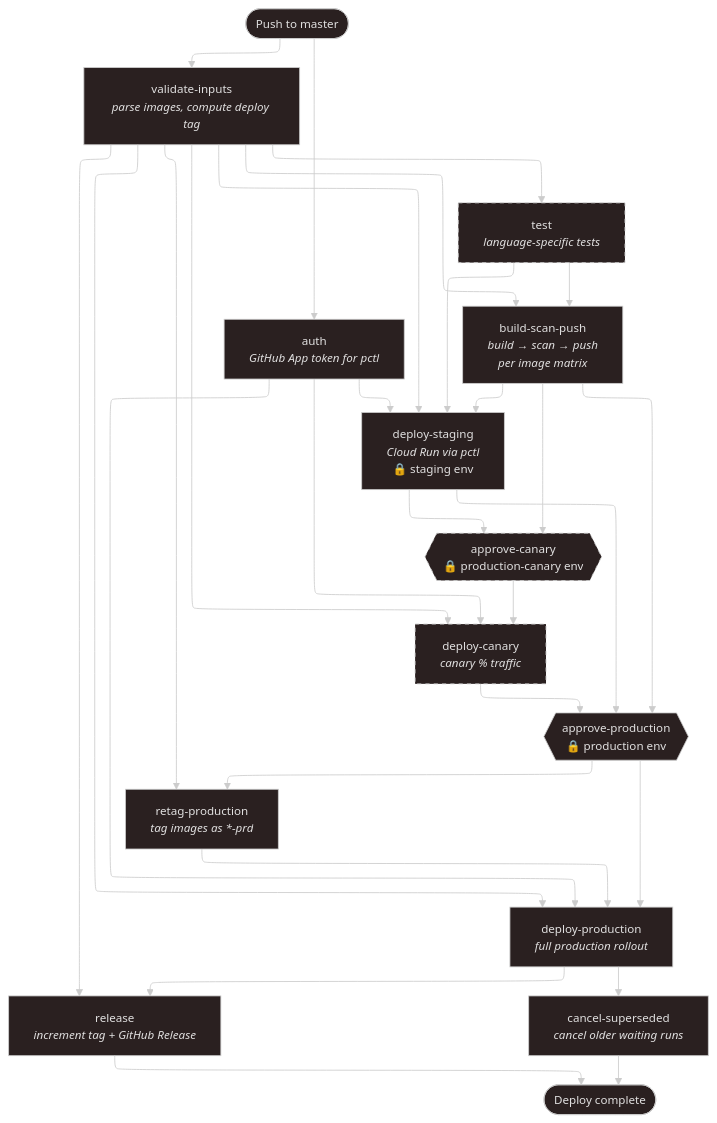
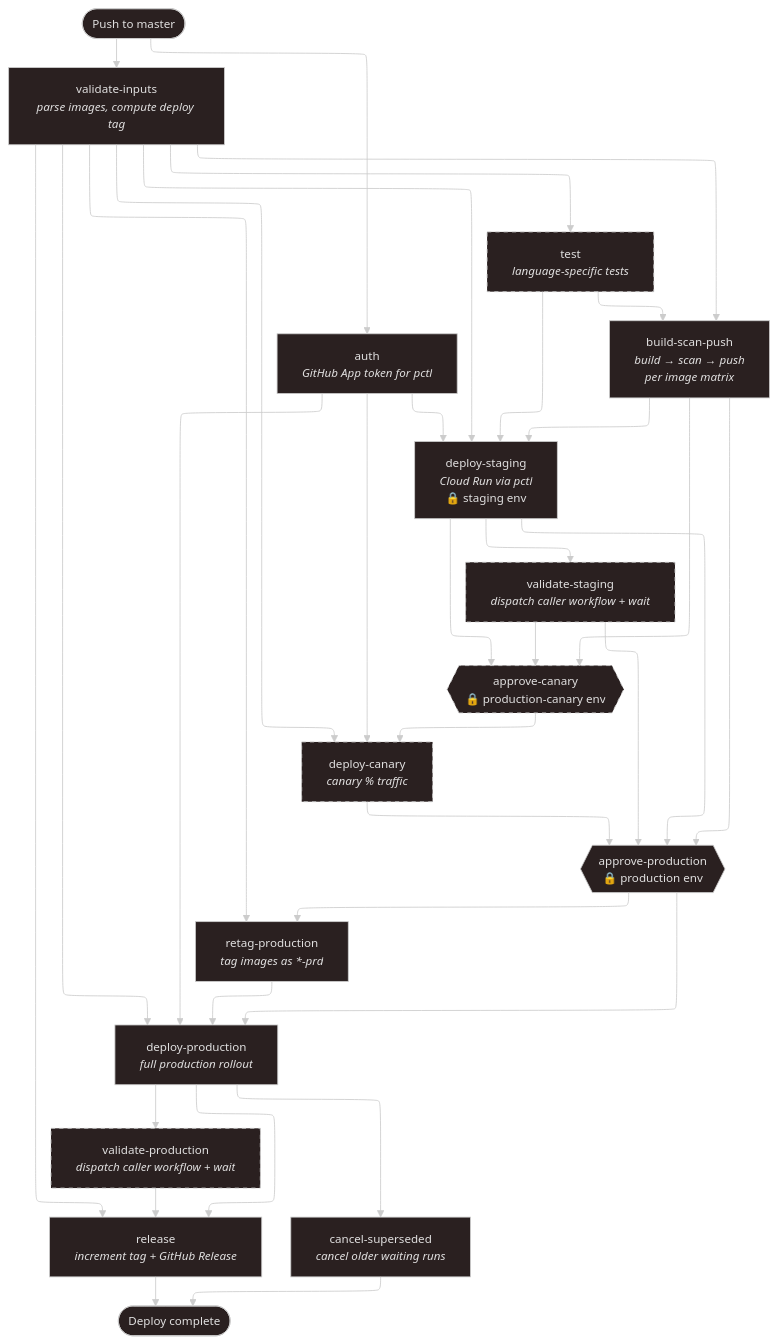
One commit to credova/platform-workflows changed the third of 8 diagrams in docs/usage.md. Above: the diagram before and after it, drawn with Mermaid. The commit also changed other lines of this file and 4 other files, not shown here.

````diff
--- a/docs/usage.md
+++ b/docs/usage.md
@@ -810,50 +860,60 @@
 ```mermaid
 ---
 config:
   layout: elk
   theme: neo-dark
 ---
 flowchart TD
     START(["Push to master"])
 
     VI["validate-inputs\n<i>parse images, compute deploy tag</i>"]
     AUTH["auth\n<i>GitHub App token for pctl</i>"]
 
     TEST["test\n<i>language-specific tests</i>"]
 
     BSP["build-scan-push\n<i>build → scan → push\nper image matrix</i>"]
 
     STG["deploy-staging\n<i>Cloud Run via pctl</i>\n🔒 staging env"]
 
+    VS["validate-staging\n<i>dispatch caller workflow + wait</i>"]
+
     AC{{"approve-canary\n🔒 production-canary env"}}
     DC["deploy-canary\n<i>canary % traffic</i>"]
 
     AP{{"approve-production\n🔒 production env"}}
     RETAG["retag-production\n<i>tag images as *-prd</i>"]
     DP["deploy-production\n<i>full production rollout</i>"]
+
+    VP["validate-production\n<i>dispatch caller workflow + wait</i>"]
 
     REL["release\n<i>increment tag + GitHub Release</i>"]
     CS["cancel-superseded\n<i>cancel older waiting runs</i>"]
 
     DONE(["Deploy complete"])
 
     START --> VI & AUTH
     VI --> TEST
     VI & TEST --> BSP
     AUTH & BSP & TEST & VI --> STG
 
-    STG & BSP --> AC
+    STG --> VS
+
+    STG & VS & BSP --> AC
     AUTH & AC & VI --> DC
 
-    BSP & STG & DC --> AP
+    BSP & STG & VS & DC --> AP
     AP & VI --> RETAG
     AUTH & AP & RETAG & VI --> DP
 
-    DP & VI --> REL
+    DP --> VP
+
+    DP & VP & VI --> REL
     DP --> CS
     REL & CS --> DONE
 
     style TEST stroke-dasharray: 5 5
+    style VS stroke-dasharray: 5 5
+    style VP stroke-dasharray: 5 5
     style AC stroke-dasharray: 5 5
     style DC stroke-dasharray: 5 5
 ```
````
